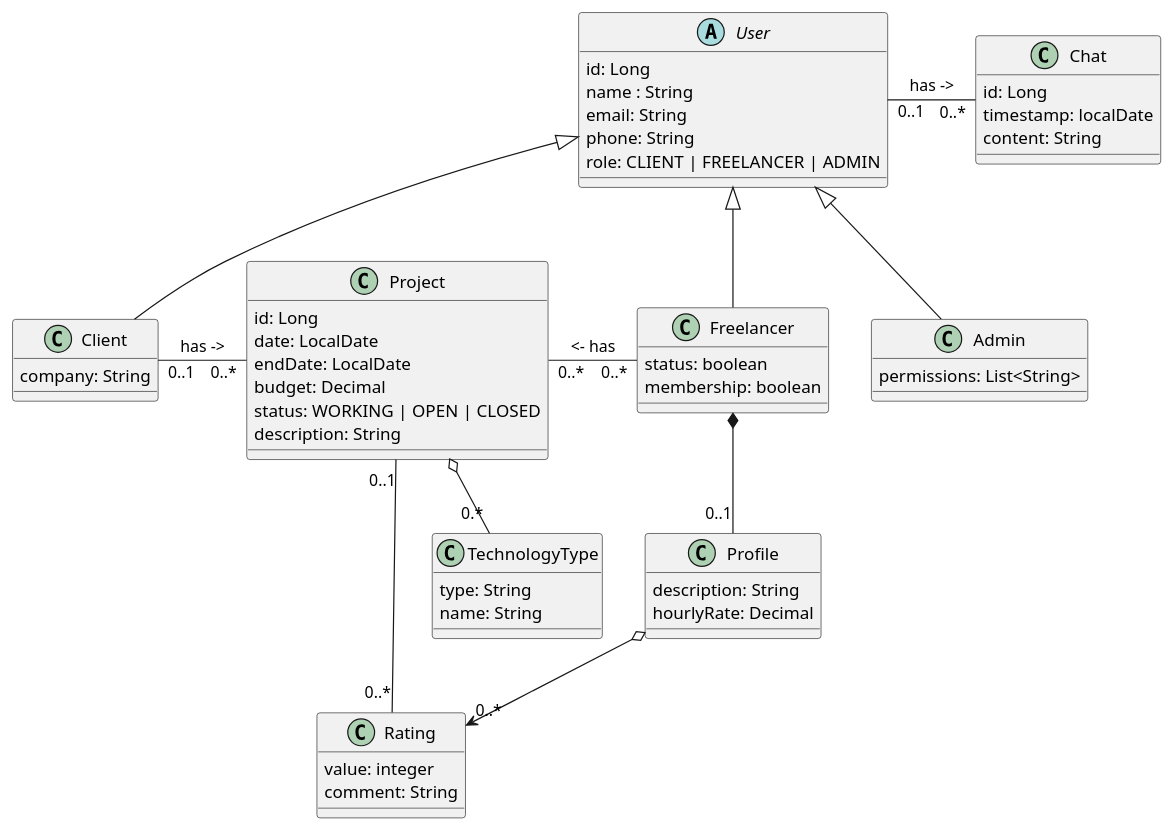
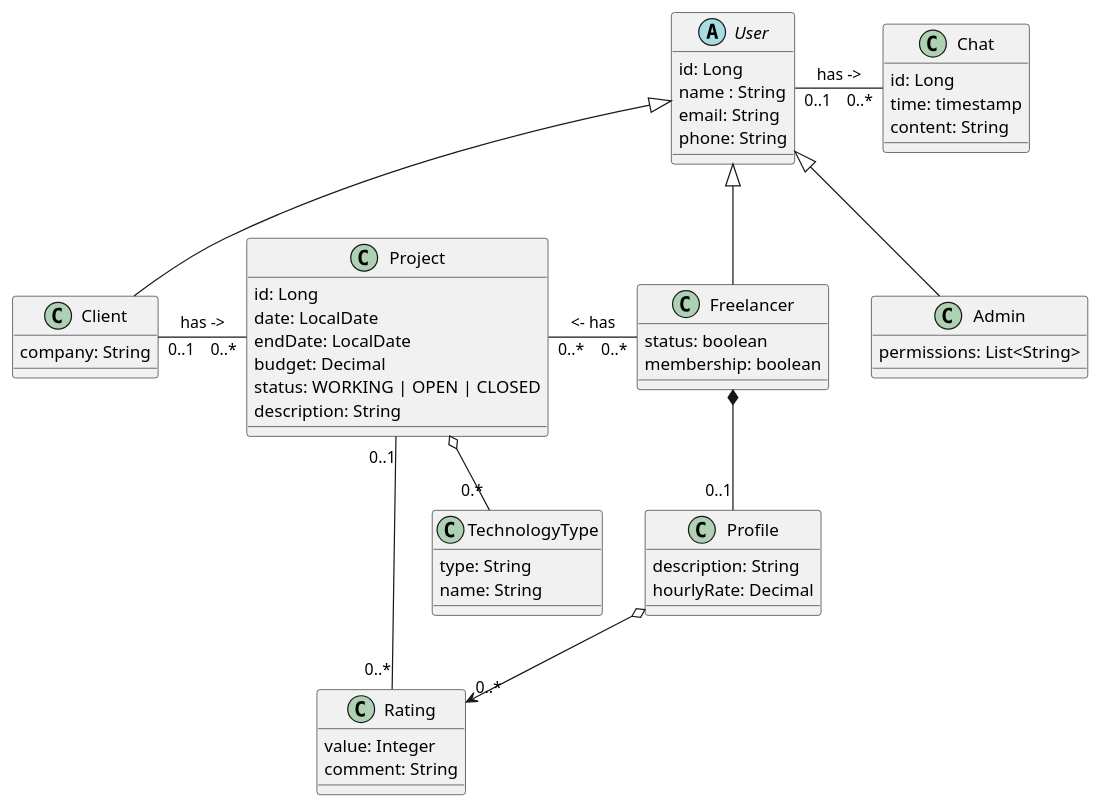
Before and after one commit to Pesagniya/privatevoid: the diagram in docs/modeloconceitual2.puml, drawn with PlantUML.

```diff
--- a/docs/modeloconceitual2.puml
+++ b/docs/modeloconceitual2.puml
@@ -1,67 +1,66 @@
 @startuml
 abstract class User {
     id: Long
     name : String
     email: String
     phone: String
-    role: CLIENT | FREELANCER | ADMIN
 }   
 
 class Freelancer {
     status: boolean 
     membership: boolean
 }
 
 class Chat {
     id: Long
-    timestamp: localDate
+    time: timestamp
     content: String
 }
 
 class Client {
      company: String
 }
 
 
 class TechnologyType {
     type: String
     name: String
 }
 
 
 class Project {
     id: Long
     date: LocalDate
     endDate: LocalDate
     budget: Decimal
     status: WORKING | OPEN | CLOSED
     description: String
 
 }
 
 class Profile {
     description: String
     hourlyRate: Decimal
 }
 
 class Rating {
-    value: integer
+    value: Integer
     comment: String
 }
 
 
 class Admin {
     permissions: List<String>
 }
 
 User              <|--             Client
 User              <|--             Freelancer
 User              <|--             Admin
 Project      o--  "0.*"   TechnologyType
 Project "0..*"   -l-     "0..1"  Client            : has ->
 Project "0..*"   -r-     "0..*"  Freelancer      : <- has
 Freelancer *-- "0..1" Profile
 Chat "0..*"   -l-     "0..1"  User            : has ->
 Profile o--> "0..*" Rating
 Project "0..1" -r- "0..*" Rating
 @enduml
```
